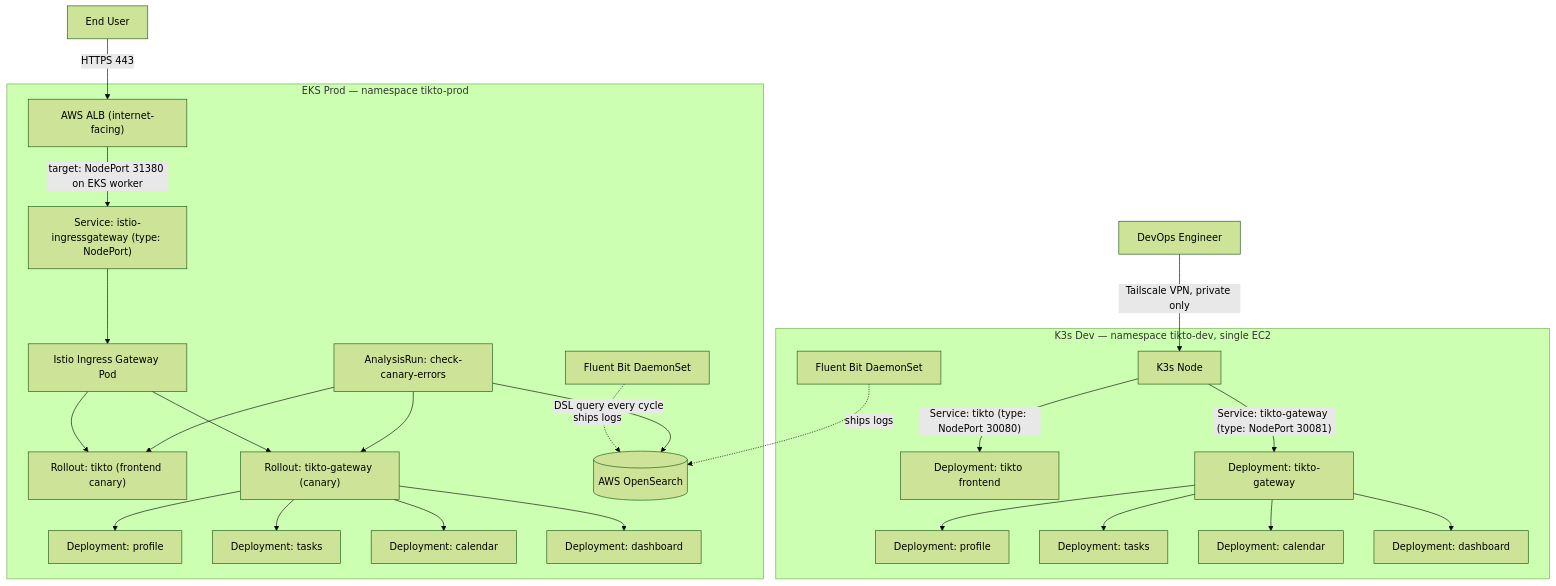
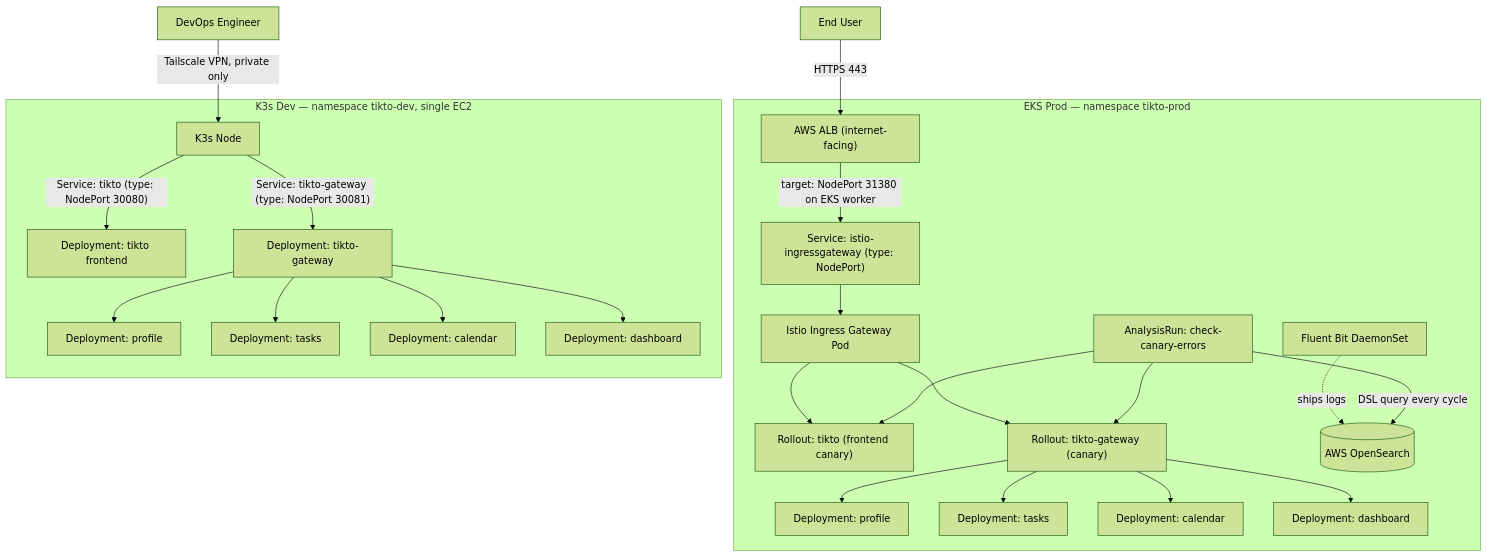
The second of 2 diagrams in README.md (flavoriy/gitops-manifest), drawn with Mermaid (forest theme) before and after one commit. The commit also changed other lines of this file, not shown here.

````diff
--- a/README.md
+++ b/README.md
@@ -31,30 +31,29 @@
 ```mermaid
 flowchart TB
     User[End User] -->|HTTPS 443| ALB["AWS ALB (internet-facing)"]
     Admin[DevOps Engineer] -->|Tailscale VPN, private only| K3sNode[K3s Node]
 
     subgraph ProdCluster["EKS Prod — namespace tikto-prod"]
         ALB -->|target: NodePort 31380 on EKS worker| IstioSvc["Service: istio-ingressgateway (type: NodePort)"]
         IstioSvc --> IstioPod[Istio Ingress Gateway Pod]
         IstioPod --> FERollout["Rollout: tikto (frontend canary)"]
         IstioPod --> GWRollout["Rollout: tikto-gateway (canary)"]
         GWRollout --> ProfileP[Deployment: profile]
         GWRollout --> TasksP[Deployment: tasks]
         GWRollout --> CalendarP[Deployment: calendar]
         GWRollout --> DashboardP[Deployment: dashboard]
         FluentProd[Fluent Bit DaemonSet] -.ships logs.-> OS[(AWS OpenSearch)]
         Analysis[AnalysisRun: check-canary-errors] -->|DSL query every cycle| OS
         Analysis --> FERollout
         Analysis --> GWRollout
     end
 
     subgraph DevCluster["K3s Dev — namespace tikto-dev, single EC2"]
         K3sNode -->|"Service: tikto (type: NodePort 30080)"| DevFE[Deployment: tikto frontend]
         K3sNode -->|"Service: tikto-gateway (type: NodePort 30081)"| DevGW[Deployment: tikto-gateway]
         DevGW --> DevProfile[Deployment: profile]
         DevGW --> DevTasks[Deployment: tasks]
         DevGW --> DevCalendar[Deployment: calendar]
         DevGW --> DevDashboard[Deployment: dashboard]
-        FluentDev[Fluent Bit DaemonSet] -.ships logs.-> OS
     end
 ```
````
